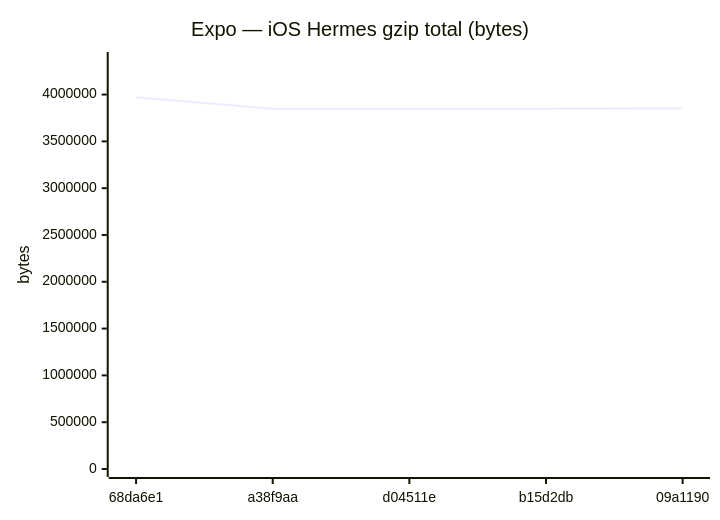
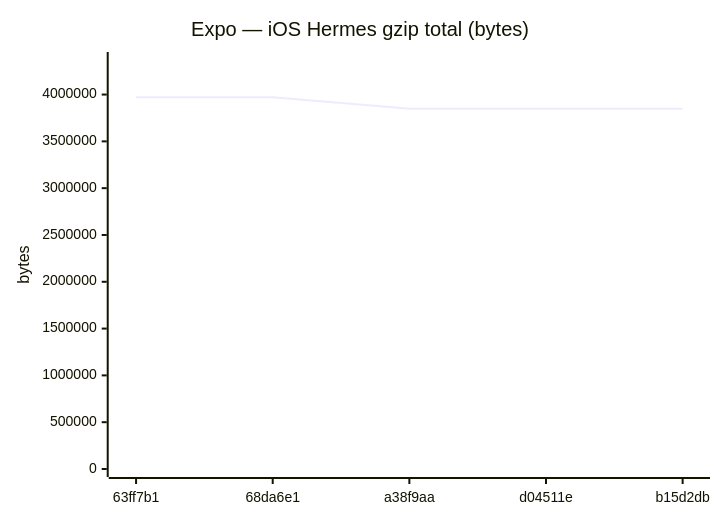
One commit to Metaheurist/Rianell changed diagram 12 of 18 in benchmarks/compare.md. Above: the diagram before and after it, drawn with Mermaid. The commit also changed other lines of this file and 11 other files, not shown here.

````diff
--- a/benchmarks/compare.md
+++ b/benchmarks/compare.md
@@ -179,7 +179,7 @@
 ```mermaid
 xychart-beta
     title "Expo — iOS Hermes gzip total (bytes)"
-    x-axis ["68da6e1", "a38f9aa", "d04511e", "b15d2db", "09a1190"]
+    x-axis ["63ff7b1", "68da6e1", "a38f9aa", "d04511e", "b15d2db"]
     y-axis "bytes" 0 --> 4369141
-    line [3971946, 3849365, 3849367, 3849366, 3850104]
+    line [3971945, 3971946, 3849365, 3849367, 3849366]
 ```
````
